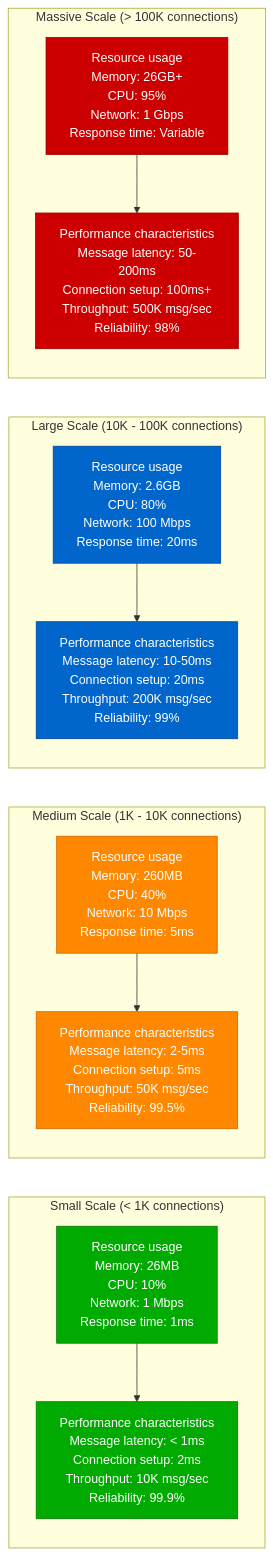
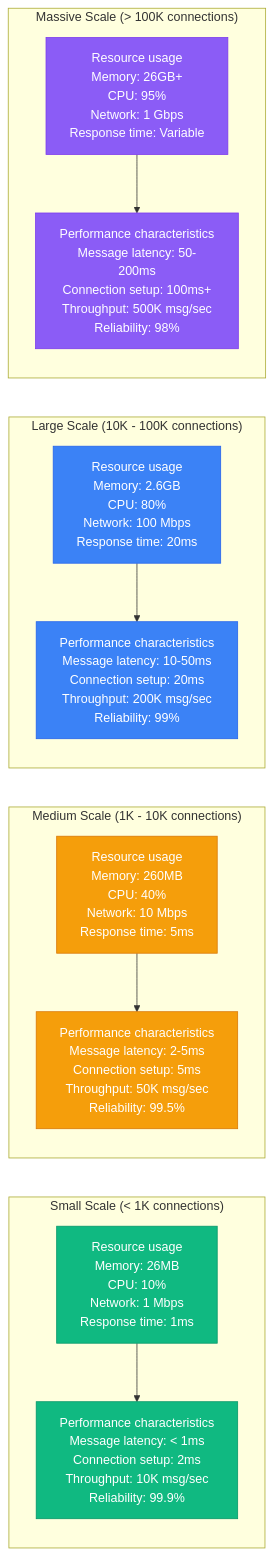
One commit to deepaucksharma/DS changed the second of 11 diagrams in site/docs/performance/websocket-performance-profile.md. Above: the diagram before and after it, drawn with Mermaid. The commit also changed other lines of this file and 303 other files, not shown here.

````diff
--- a/site/docs/performance/websocket-performance-profile.md
+++ b/site/docs/performance/websocket-performance-profile.md
@@ -54,44 +54,44 @@
 ```mermaid
 graph LR
     subgraph "Small Scale (< 1K connections)"
         SMALL1[Resource usage<br/>Memory: 26MB<br/>CPU: 10%<br/>Network: 1 Mbps<br/>Response time: 1ms]
 
         SMALL2[Performance characteristics<br/>Message latency: < 1ms<br/>Connection setup: 2ms<br/>Throughput: 10K msg/sec<br/>Reliability: 99.9%]
 
         SMALL1 --> SMALL2
     end
 
     subgraph "Medium Scale (1K - 10K connections)"
         MEDIUM1[Resource usage<br/>Memory: 260MB<br/>CPU: 40%<br/>Network: 10 Mbps<br/>Response time: 5ms]
 
         MEDIUM2[Performance characteristics<br/>Message latency: 2-5ms<br/>Connection setup: 5ms<br/>Throughput: 50K msg/sec<br/>Reliability: 99.5%]
 
         MEDIUM1 --> MEDIUM2
     end
 
     subgraph "Large Scale (10K - 100K connections)"
         LARGE1[Resource usage<br/>Memory: 2.6GB<br/>CPU: 80%<br/>Network: 100 Mbps<br/>Response time: 20ms]
 
         LARGE2[Performance characteristics<br/>Message latency: 10-50ms<br/>Connection setup: 20ms<br/>Throughput: 200K msg/sec<br/>Reliability: 99%]
 
         LARGE1 --> LARGE2
     end
 
     subgraph "Massive Scale (> 100K connections)"
         MASSIVE1[Resource usage<br/>Memory: 26GB+<br/>CPU: 95%<br/>Network: 1 Gbps<br/>Response time: Variable]
 
         MASSIVE2[Performance characteristics<br/>Message latency: 50-200ms<br/>Connection setup: 100ms+<br/>Throughput: 500K msg/sec<br/>Reliability: 98%]
 
         MASSIVE1 --> MASSIVE2
     end
 
-    classDef smallStyle fill:#00AA00,stroke:#007700,color:#fff
-    classDef mediumStyle fill:#FF8800,stroke:#CC6600,color:#fff
-    classDef largeStyle fill:#0066CC,stroke:#004499,color:#fff
-    classDef massiveStyle fill:#CC0000,stroke:#990000,color:#fff
+    classDef smallStyle fill:#10B981,stroke:#059669,color:#fff
+    classDef mediumStyle fill:#F59E0B,stroke:#D97706,color:#fff
+    classDef largeStyle fill:#3B82F6,stroke:#2563EB,color:#fff
+    classDef massiveStyle fill:#8B5CF6,stroke:#7C3AED,color:#fff
 
     class SMALL1,SMALL2 smallStyle
     class MEDIUM1,MEDIUM2 mediumStyle
     class LARGE1,LARGE2 largeStyle
     class MASSIVE1,MASSIVE2 massiveStyle
 ```
````
